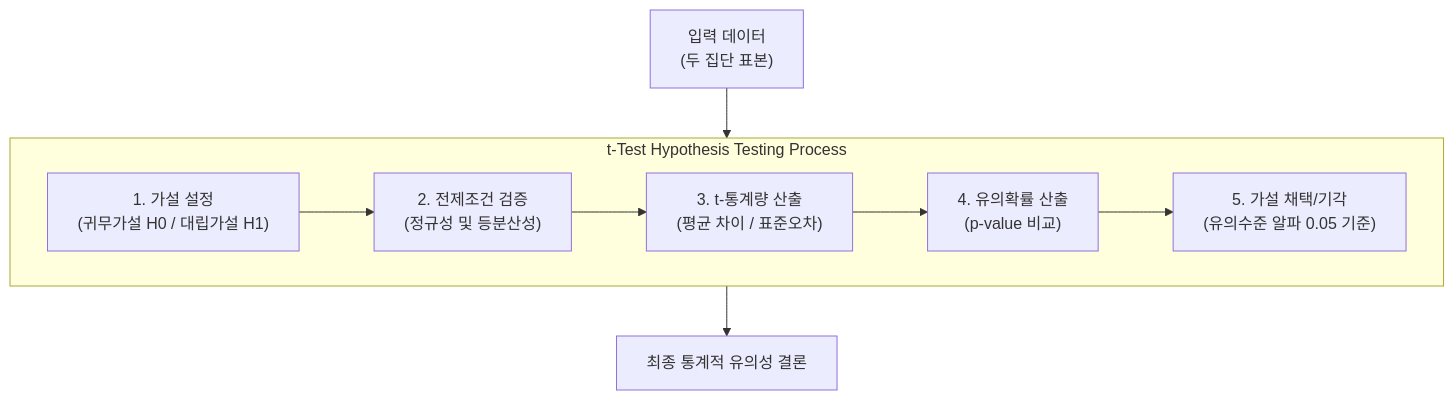
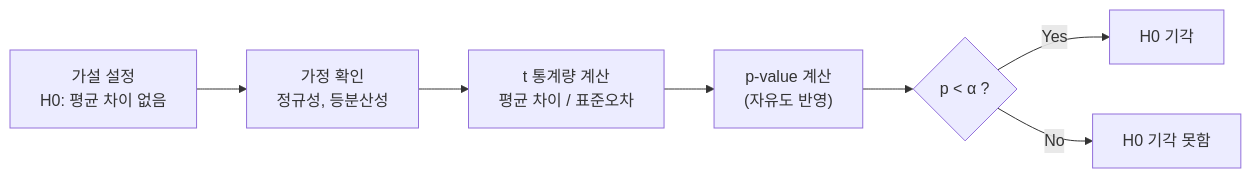
One commit to supremethumb/supremethumb.github.io changed the diagram in content/01_IT Tech/t-검정 (t-test).md. Above: the diagram before and after it, drawn with Mermaid. The commit also changed other lines of this file and 1087 other files, not shown here.

````diff
--- a/content/01_IT Tech/t-검정 (t-test).md
+++ b/content/01_IT Tech/t-검정 (t-test).md
@@ -25,14 +36,9 @@
 ```mermaid
-flowchart TB
-    subgraph Process["t-Test Hypothesis Testing Process"]
-        direction LR
-        P1["1. 가설 설정<br/>(귀무가설 H0 / 대립가설 H1)"] --> P2["2. 전제조건 검증<br/>(정규성 및 등분산성)"]
-        P2 --> P3["3. t-통계량 산출<br/>(평균 차이 / 표준오차)"]
-        P3 --> P4["4. 유의확률 산출<br/>(p-value 비교)"]
-        P4 --> P5["5. 가설 채택/기각<br/>(유의수준 알파 0.05 기준)"]
-    end
-
-    DATA["입력 데이터<br/>(두 집단 표본)"] --> P1
-    P5 --> OUT["최종 통계적 유의성 결론"]
-
+flowchart LR
+    P1["가설 설정<br/>H0: 평균 차이 없음"] --> P2["가정 확인<br/>정규성, 등분산성"]
+    P2 --> P3["t 통계량 계산<br/>평균 차이 / 표준오차"]
+    P3 --> P4["p-value 계산<br/>(자유도 반영)"]
+    P4 --> P5{"p < α ?"}
+    P5 -- "Yes" --> R["H0 기각"]
+    P5 -- "No" --> A["H0 기각 못함"]
 ```
````
